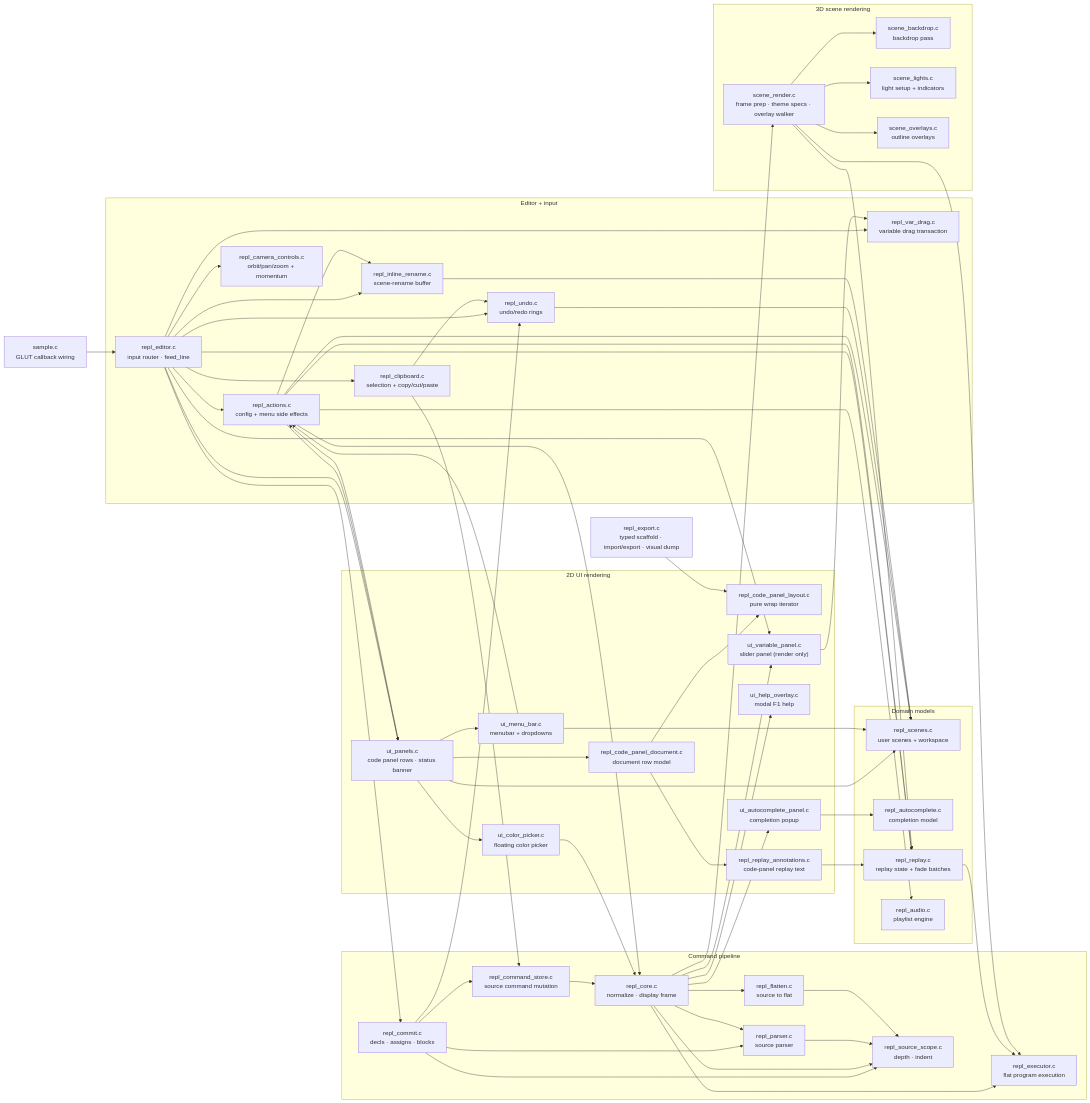
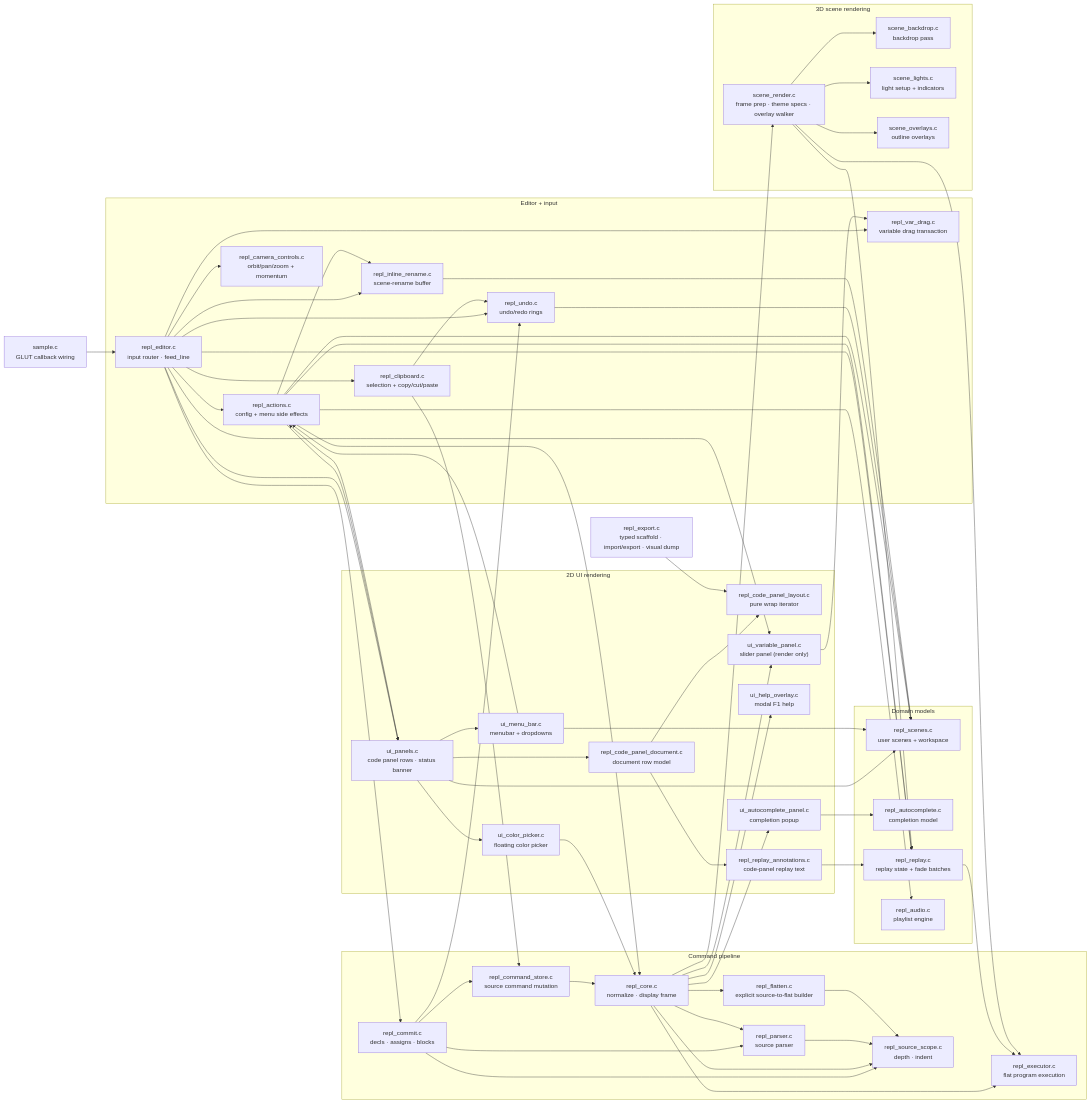
The diagram in MODULES.md (drewwoods/gl-repl), drawn with Mermaid before and after one commit. The commit also changed other lines of this file and 8 other files, not shown here.

First line of the commit message:
refactor: finish explicit flatten program API

```diff
--- a/MODULES.md
+++ b/MODULES.md
@@ -118,7 +118,7 @@
         core["repl_core.c<br/>normalize · display frame"]
         parser["repl_parser.c<br/>source parser"]
         scope["repl_source_scope.c<br/>depth · indent"]
-        flatten["repl_flatten.c<br/>source to flat"]
+        flatten["repl_flatten.c<br/>explicit source-to-flat builder"]
         exec["repl_executor.c<br/>flat program execution"]
         commit["repl_commit.c<br/>decls · assigns · blocks"]
         store["repl_command_store.c<br/>source command mutation"]
```
